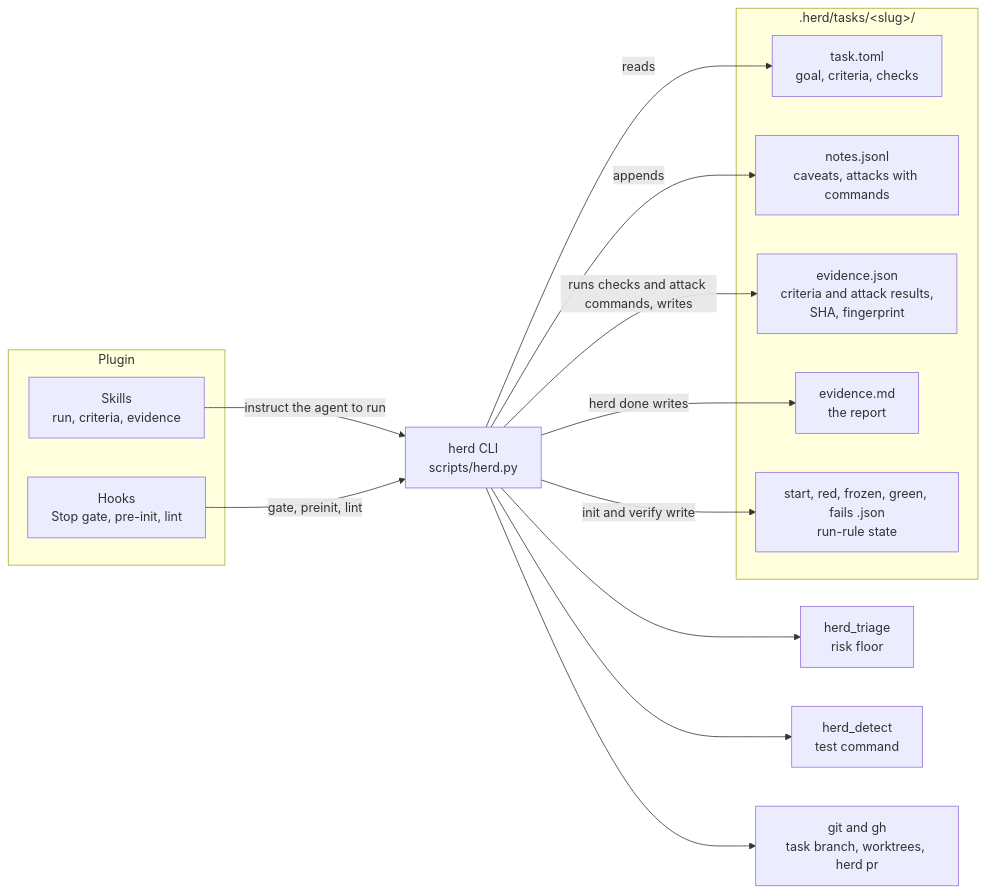
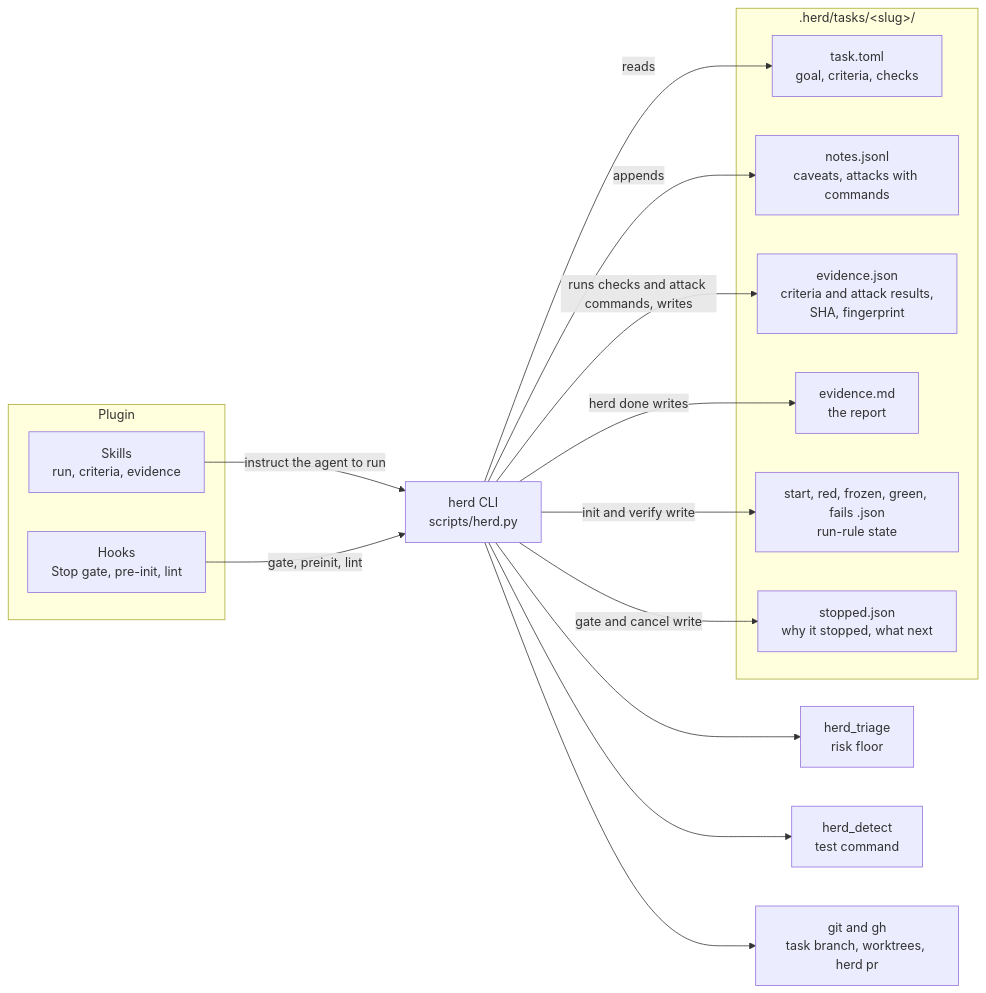
Before and after one commit to Beovulfo/herd-sdlc: the second of 2 diagrams in README.md, drawn with Mermaid. The commit also changed other lines of this file and 10 other files, not shown here.

First line of the commit message:
Herd 0.5.0: stop record (stopped.json) and spike S3 (#15)

````diff
--- a/README.md
+++ b/README.md
@@ -139,28 +139,30 @@
 ```mermaid
 flowchart LR
     subgraph Plugin
         S["Skills<br/>run, criteria, evidence"]
         H["Hooks<br/>Stop gate, pre-init, lint"]
     end
     CLI["herd CLI<br/>scripts/herd.py"]
     T["herd_triage<br/>risk floor"]
     D["herd_detect<br/>test command"]
     G["git and gh<br/>task branch, worktrees, herd pr"]
     subgraph State[".herd/tasks/&lt;slug&gt;/"]
         TT["task.toml<br/>goal, criteria, checks"]
         NO["notes.jsonl<br/>caveats, attacks with commands"]
         EV["evidence.json<br/>criteria and attack results,<br/>SHA, fingerprint"]
         RP["evidence.md<br/>the report"]
         RR["start, red, frozen, green, fails .json<br/>run-rule state"]
+        SR["stopped.json<br/>why it stopped, what next"]
     end
     S -->|instruct the agent to run| CLI
     H -->|gate, preinit, lint| CLI
     CLI --> T
     CLI --> D
     CLI --> G
     CLI -->|reads| TT
     CLI -->|appends| NO
     CLI -->|runs checks and attack commands, writes| EV
     CLI -->|herd done writes| RP
     CLI -->|init and verify write| RR
+    CLI -->|gate and cancel write| SR
 ```
````
